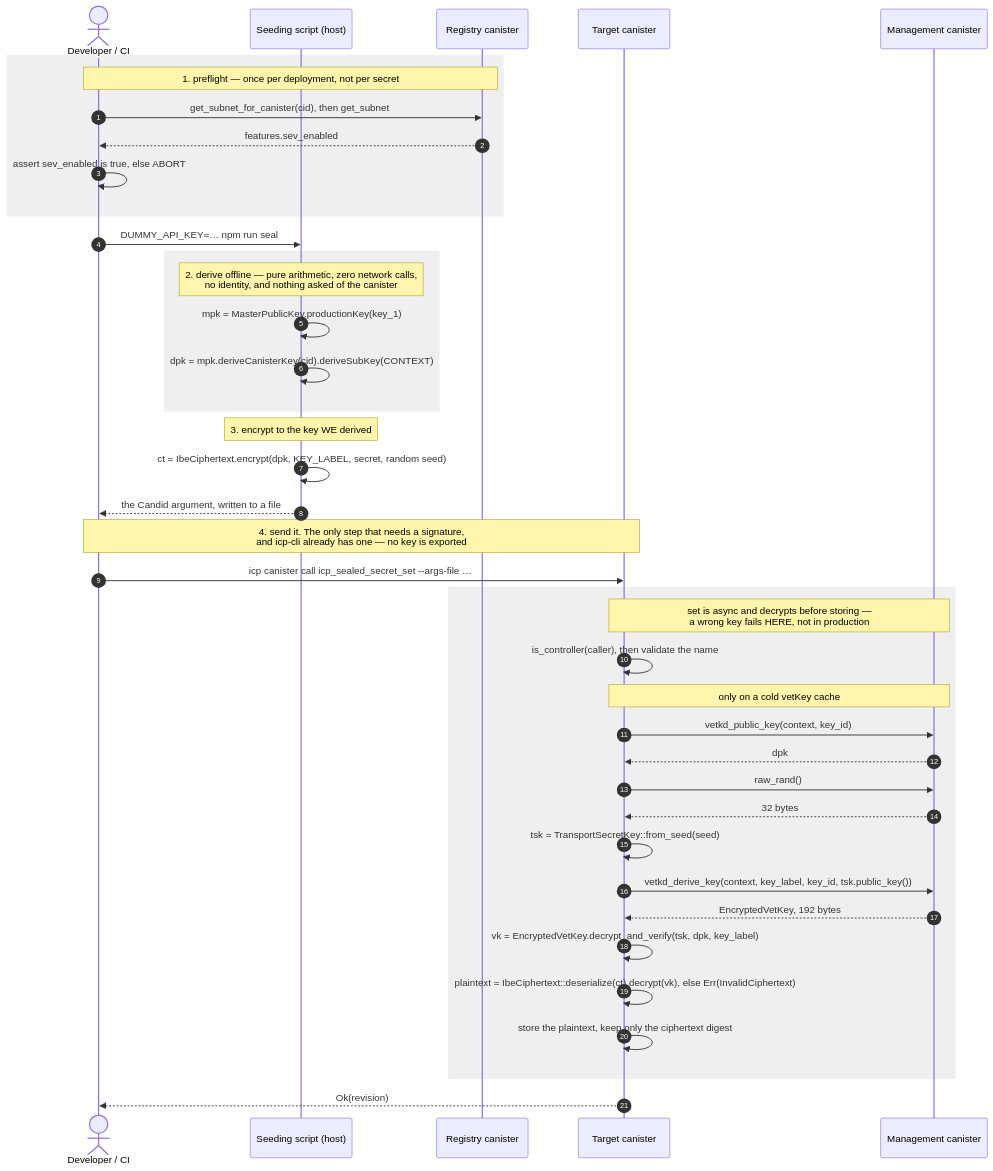
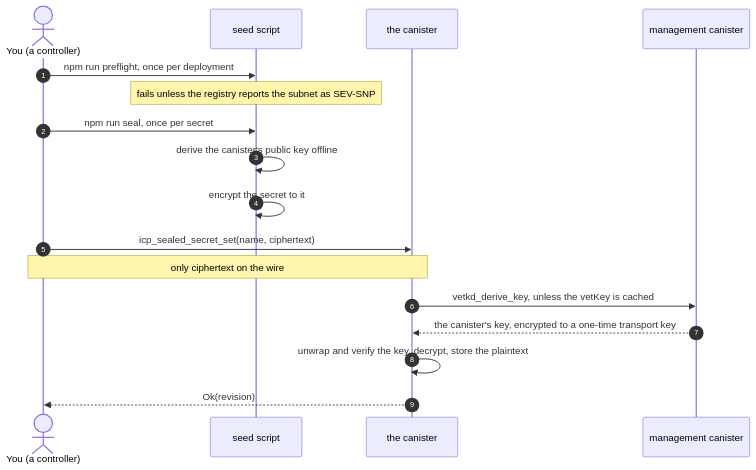
Before and after one commit to marc0olo/icp-seeding-secrets-poc: the second of 2 diagrams in README.md, drawn with Mermaid. The commit also changed other lines of this file and 15 other files, not shown here.

First line of the commit message:
rewrite the README around sealed transport, and split the detail into docs/

````diff
--- a/README.md
+++ b/README.md
@@ -208,49 +103,20 @@
 ```mermaid
 sequenceDiagram
     autonumber
-    actor Dev as Developer / CI
-    participant Script as Seeding script (host)
-    participant Reg as Registry canister
-    participant Can as Target canister
-    participant Mgmt as Management canister
+    actor Dev as You (a controller)
+    participant Seed as seed script
+    participant Can as the canister
+    participant Mgmt as management canister
 
-    rect rgba(120,120,120,.12)
-    Note over Dev,Reg: 1. preflight — once per deployment, not per secret
-    Dev->>Reg: get_subnet_for_canister(cid), then get_subnet
-    Reg-->>Dev: features.sev_enabled
-    Dev->>Dev: assert sev_enabled is true, else ABORT
-    end
-
-    Dev->>Script: DUMMY_API_KEY=… npm run seal
-
-    rect rgba(120,120,120,.12)
-    Note over Script: 2. derive offline — pure arithmetic, zero network calls,<br/>no identity, and nothing asked of the canister
-    Script->>Script: mpk = MasterPublicKey.productionKey(key_1)
-    Script->>Script: dpk = mpk.deriveCanisterKey(cid).deriveSubKey(CONTEXT)
-    end
-
-    Note over Script: 3. encrypt to the key WE derived
-    Script->>Script: ct = IbeCiphertext.encrypt(dpk, KEY_LABEL, secret, random seed)
-    Script-->>Dev: the Candid argument, written to a file
-
-    Note over Dev,Can: 4. send it. The only step that needs a signature,<br/>and icp-cli already has one — no key is exported
-    Dev->>Can: icp canister call icp_sealed_secret_set --args-file …
-
-    rect rgba(120,120,120,.12)
-    Note over Can,Mgmt: set is async and decrypts before storing —<br/>a wrong key fails HERE, not in production
-    Can->>Can: is_controller(caller), then validate the name
-    Note over Can,Mgmt: only on a cold vetKey cache
-    Can->>Mgmt: vetkd_public_key(context, key_id)
-    Mgmt-->>Can: dpk
-    Can->>Mgmt: raw_rand()
-    Mgmt-->>Can: 32 bytes
-    Can->>Can: tsk = TransportSecretKey::from_seed(seed)
-    Can->>Mgmt: vetkd_derive_key(context, key_label, key_id, tsk.public_key())
-    Mgmt-->>Can: EncryptedVetKey, 192 bytes
-    Can->>Can: vk = EncryptedVetKey.decrypt_and_verify(tsk, dpk, key_label)
-    Can->>Can: plaintext = IbeCiphertext::deserialize(ct).decrypt(vk), else Err(InvalidCiphertext)
-    Can->>Can: store the plaintext, keep only the ciphertext digest
-    end
-
+    Dev->>Seed: npm run preflight, once per deployment
+    Note over Seed: fails unless the registry reports the subnet as SEV-SNP
+    Dev->>Seed: npm run seal, once per secret
+    Seed->>Seed: derive the canister's public key offline
+    Seed->>Seed: encrypt the secret to it
+    Dev->>Can: icp_sealed_secret_set(name, ciphertext)
+    Note over Dev,Can: only ciphertext on the wire
+    Can->>Mgmt: vetkd_derive_key, unless the vetKey is cached
+    Mgmt-->>Can: the canister's key, encrypted to a one-time transport key
+    Can->>Can: unwrap and verify the key, decrypt, store the plaintext
     Can-->>Dev: Ok(revision)
 ```
````
